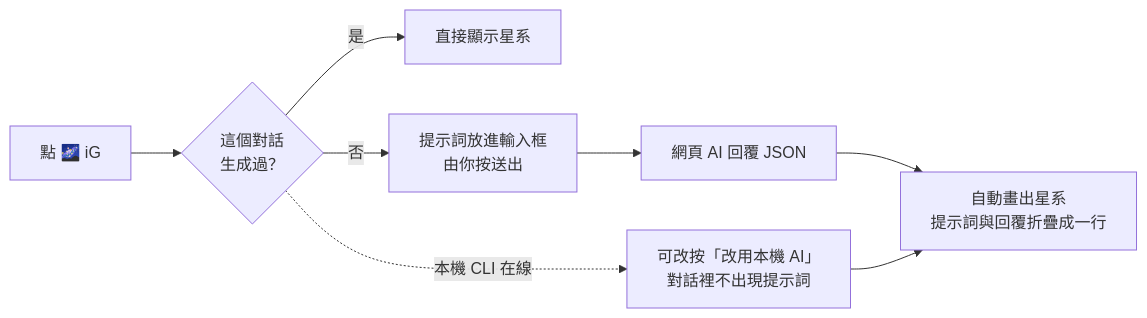
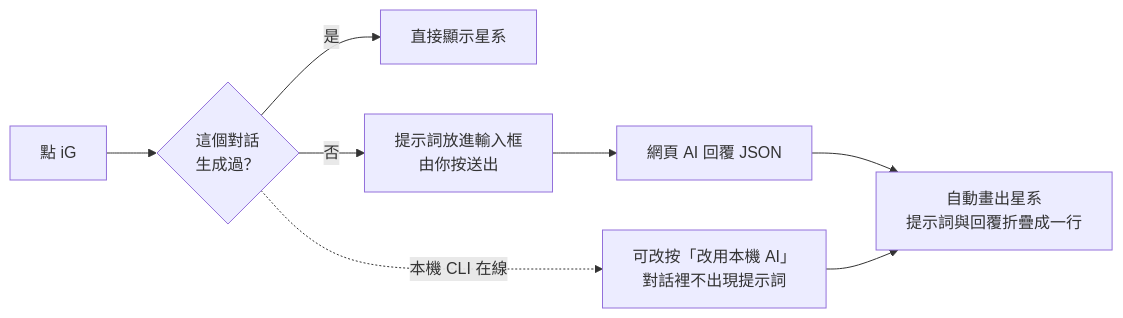
Before and after one commit to stephen-taipei/intent-galaxy: the fourth of 4 diagrams in README.zh-TW.md, drawn with Mermaid. The commit also changed other lines of this file and 86 other files, not shown here.

````diff
--- a/README.zh-TW.md
+++ b/README.zh-TW.md
@@ -235,10 +235,10 @@
 ```mermaid
 flowchart LR
-    A["點 🌌 iG"] --> B{"這個對話<br/>生成過？"}
+    A["點 iG"] --> B{"這個對話<br/>生成過？"}
     B -- 是 --> C["直接顯示星系"]
     B -- 否 --> D["提示詞放進輸入框<br/>由你按送出"]
     D --> E["網頁 AI 回覆 JSON"]
     E --> F["自動畫出星系<br/>提示詞與回覆折疊成一行"]
     B -. 本機 CLI 在線 .-> G["可改按「改用本機 AI」<br/>對話裡不出現提示詞"]
     G --> F
 ```
````
